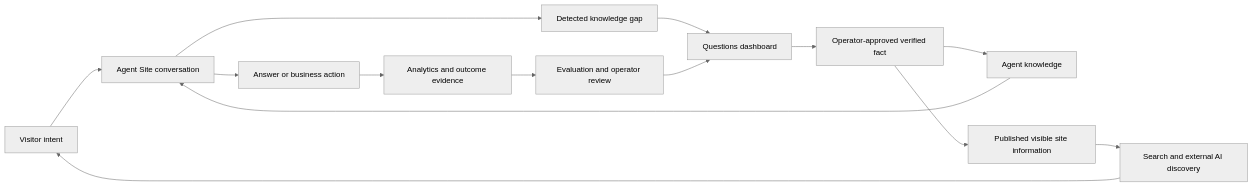
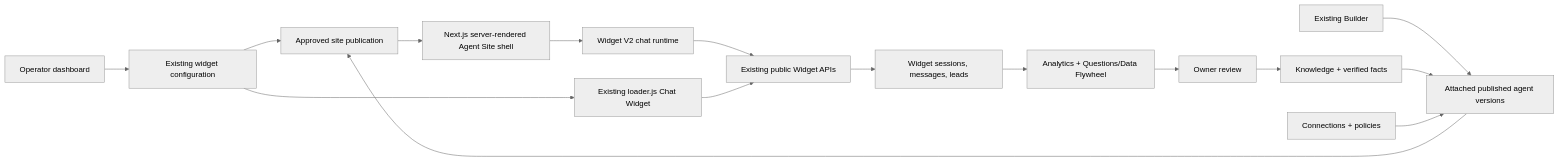
One commit to Petergo2002/agentergroup.com changed the diagram in docs/roadmap/agent-native-websites.md. Above: the diagram before and after it, drawn with Mermaid (neutral theme). The commit also changed other lines of this file and 41 other files, not shown here.

Commit message:
Update agent creation, pilot activation, and roadmap

````diff
--- a/docs/roadmap/agent-native-websites.md
+++ b/docs/roadmap/agent-native-websites.md
@@ -367,16 +270,20 @@
 ```mermaid
 flowchart LR
-    V["Visitor intent"] --> A["Agent Site conversation"]
-    A --> O["Answer or business action"]
-    A --> G["Detected knowledge gap"]
-    G --> Q["Questions dashboard"]
-    Q --> F["Operator-approved verified fact"]
-    F --> K["Agent knowledge"]
-    F --> P["Published visible site information"]
-    K --> A
-    P --> D["Search and external AI discovery"]
-    D --> V
-    O --> N["Analytics and outcome evidence"]
-    N --> E["Evaluation and operator review"]
-    E --> Q
+    Operator["Operator dashboard"] --> WidgetConfig["Existing widget configuration"]
+    Builder["Existing Builder"] --> Agents["Attached published agent versions"]
+    Knowledge["Knowledge + verified facts"] --> Agents
+    Connections["Connections + policies"] --> Agents
+    WidgetConfig --> Publication["Approved site publication"]
+    Agents --> Publication
+
+    Publication --> NextShell["Next.js server-rendered Agent Site shell"]
+    NextShell --> WidgetV2["Widget V2 chat runtime"]
+    WidgetConfig --> Embed["Existing loader.js Chat Widget"]
+
+    WidgetV2 --> PublicAPI["Existing public Widget APIs"]
+    Embed --> PublicAPI
+    PublicAPI --> Sessions["Widget sessions, messages, leads"]
+    Sessions --> Analytics["Analytics + Questions/Data Flywheel"]
+    Analytics --> Review["Owner review"]
+    Review --> Knowledge
 ```
````
